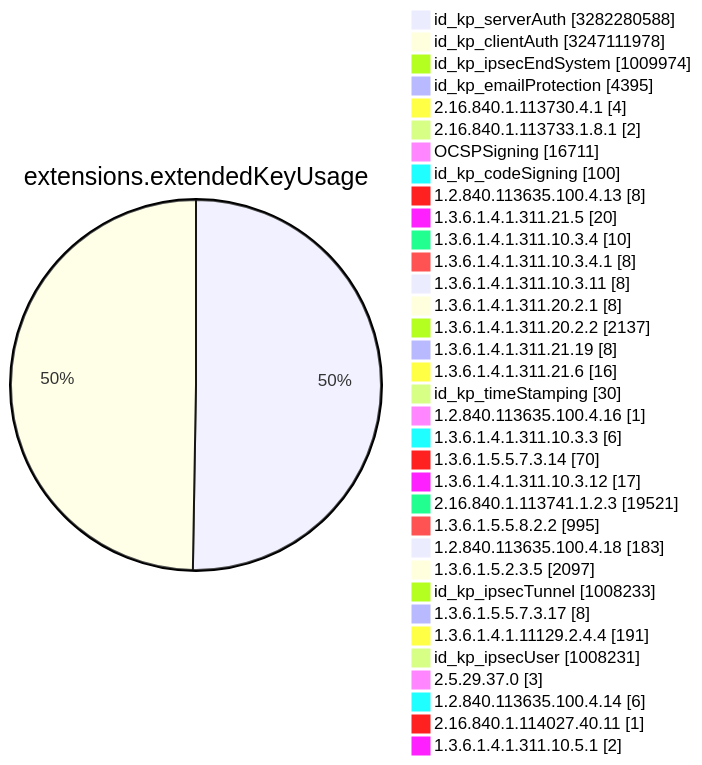
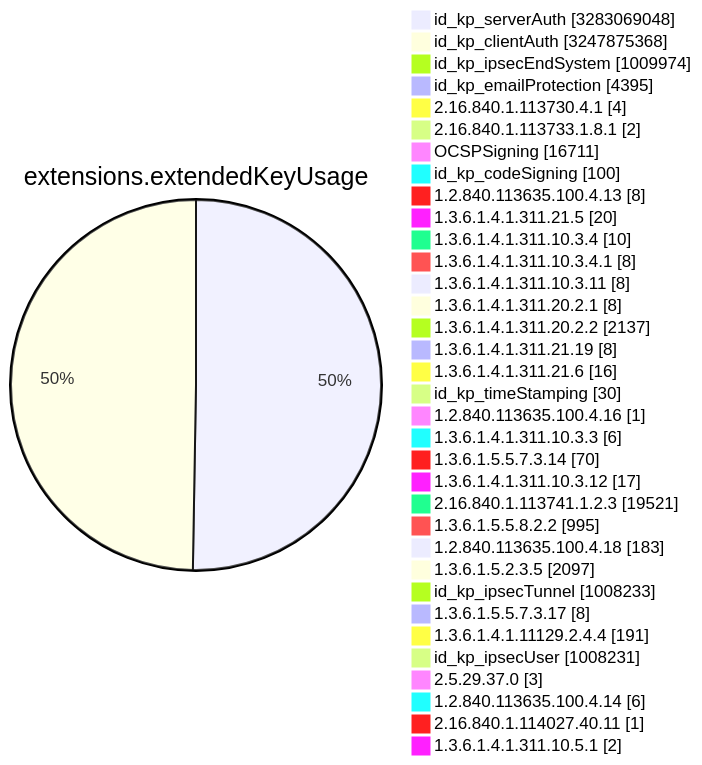
Diagram 11 of 15 in TOTAL/README.md (christiankrug/ctmonitor_visualization), drawn with Mermaid before and after one commit. The commit also changed other lines of this file, not shown here.

````diff
--- a/TOTAL/README.md
+++ b/TOTAL/README.md
@@ -4119,38 +4119,38 @@
 ```mermaid
 pie showData
 title extensions.extendedKeyUsage
-"id_kp_serverAuth" :3282280588
-"id_kp_clientAuth" :3247111978
+"id_kp_serverAuth" :3283069048
+"id_kp_clientAuth" :3247875368
 "id_kp_ipsecEndSystem" :1009974
 "id_kp_emailProtection" :4395
 "2.16.840.1.113730.4.1" :4
 "2.16.840.1.113733.1.8.1" :2
 "OCSPSigning" :16711
 "id_kp_codeSigning" :100
 "1.2.840.113635.100.4.13" :8
 "1.3.6.1.4.1.311.21.5" :20
 "1.3.6.1.4.1.311.10.3.4" :10
 "1.3.6.1.4.1.311.10.3.4.1" :8
 "1.3.6.1.4.1.311.10.3.11" :8
 "1.3.6.1.4.1.311.20.2.1" :8
 "1.3.6.1.4.1.311.20.2.2" :2137
 "1.3.6.1.4.1.311.21.19" :8
 "1.3.6.1.4.1.311.21.6" :16
 "id_kp_timeStamping" :30
 "1.2.840.113635.100.4.16" :1
 "1.3.6.1.4.1.311.10.3.3" :6
 "1.3.6.1.5.5.7.3.14" :70
 "1.3.6.1.4.1.311.10.3.12" :17
 "2.16.840.1.113741.1.2.3" :19521
 "1.3.6.1.5.5.8.2.2" :995
 "1.2.840.113635.100.4.18" :183
 "1.3.6.1.5.2.3.5" :2097
 "id_kp_ipsecTunnel" :1008233
 "1.3.6.1.5.5.7.3.17" :8
 "1.3.6.1.4.1.11129.2.4.4" :191
 "id_kp_ipsecUser" :1008231
 "2.5.29.37.0" :3
 "1.2.840.113635.100.4.14" :6
 "2.16.840.1.114027.40.11" :1
 "1.3.6.1.4.1.311.10.5.1" :2
 ```
````
